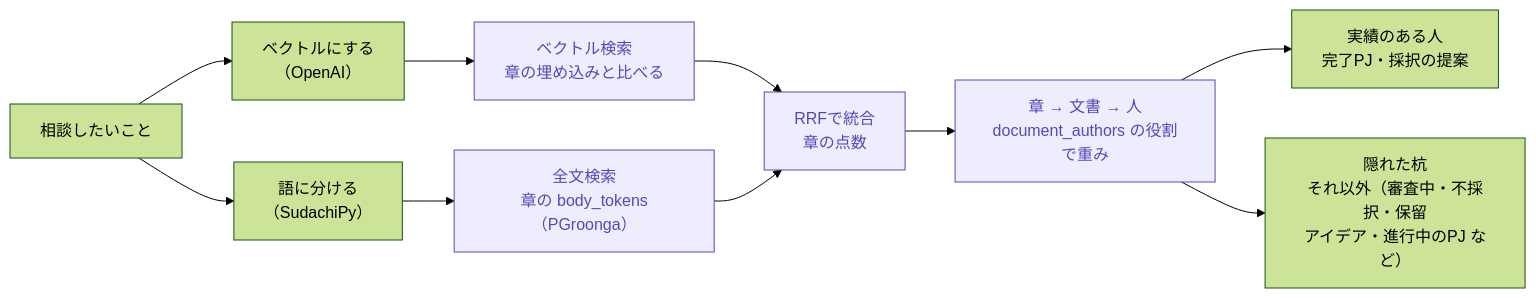
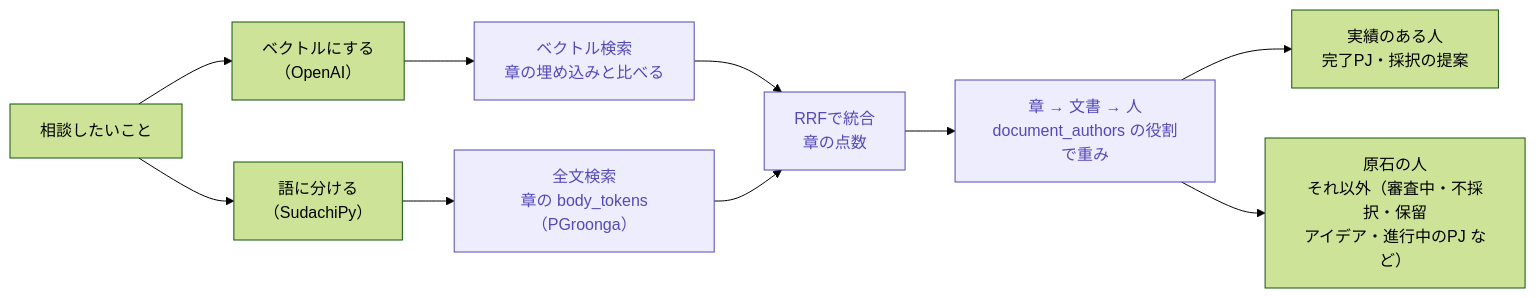
One commit to emon0415/DATA-TRIANGLE_261013 changed the fourth of 7 diagrams in docs/data_flow.md. Above: the diagram before and after it, drawn with Mermaid (forest theme). The commit also changed other lines of this file and 3 other files, not shown here.

First line of the commit message:
構成図を、公開（Streamlit Community Cloud）と追加機能に合わせて更新

````diff
--- a/docs/data_flow.md
+++ b/docs/data_flow.md
@@ -108,14 +118,14 @@
 ```mermaid
 flowchart LR
     Q["相談したいこと"] --> E["ベクトルにする<br>（OpenAI）"]
     Q --> M["語に分ける<br>（SudachiPy）"]
     E --> V["ベクトル検索<br>章の埋め込みと比べる"]
     M --> F["全文検索<br>章の body_tokens（PGroonga）"]
     V & F --> R["RRFで統合<br>章の点数"]
     R --> D["章 → 文書 → 人<br>document_authors の役割で重み"]
     D --> A["実績のある人<br>完了PJ・採択の提案"]
-    D --> B["隠れた杭<br>それ以外（審査中・不採択・保留<br>アイデア・進行中のPJ など）"]
+    D --> B["原石の人<br>それ以外（審査中・不採択・保留<br>アイデア・進行中のPJ など）"]
 
     classDef srch fill:#EEEDFE,stroke:#534AB7,color:#534AB7
     class V,F,R,D srch
 ```
````
